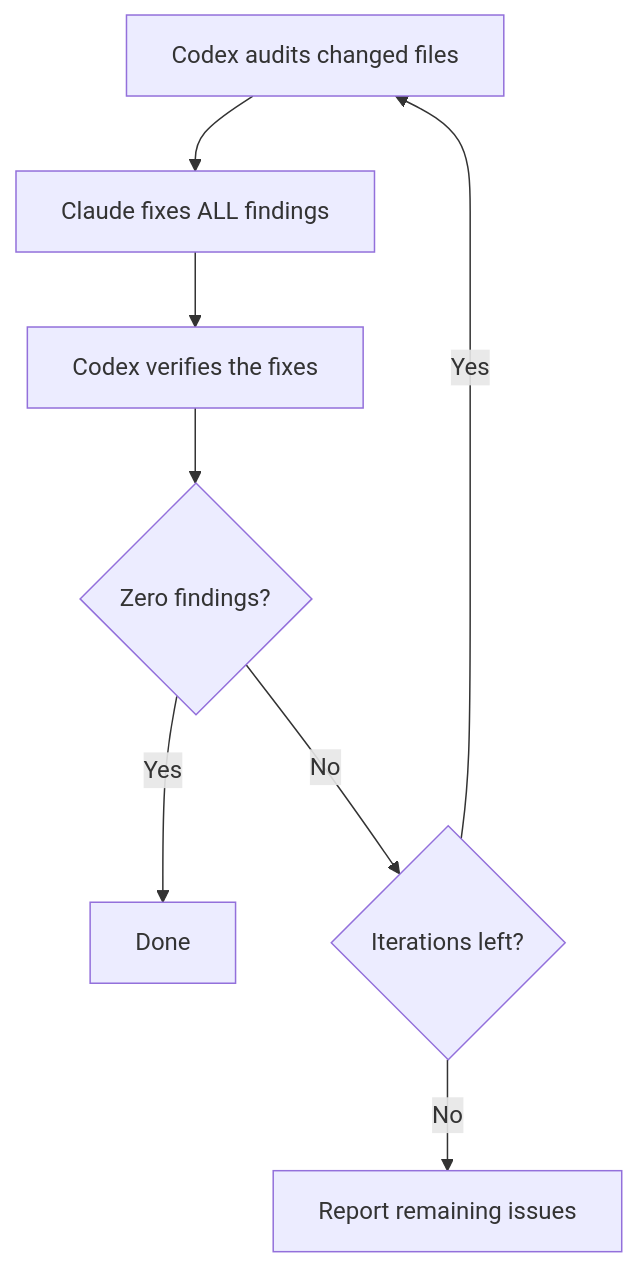
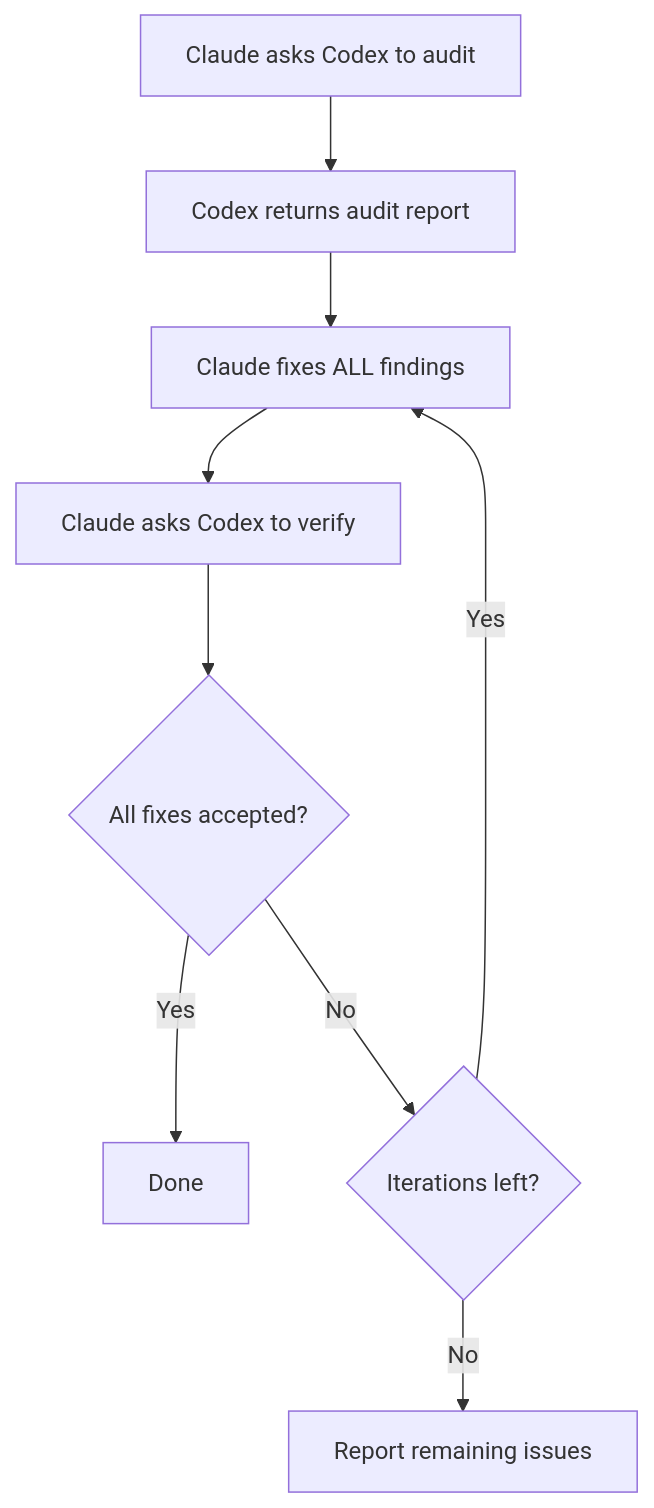
One commit to xiaolai/vmark changed the diagram in website/guide/users-as-developers/cross-model-verification.md. Above: the diagram before and after it, drawn with Mermaid. The commit also changed 5 other files, not shown here.

First line of the commit message:
docs: add research footnotes and fix diagram/syntax issues

````diff
--- a/website/guide/users-as-developers/cross-model-verification.md
+++ b/website/guide/users-as-developers/cross-model-verification.md
@@ -139,10 +139,11 @@
 ```mermaid
 flowchart TD
-    A["Codex audits changed files"] --> B["Claude fixes ALL findings"]
-    B --> C["Codex verifies the fixes"]
-    C --> D{"Zero findings?"}
-    D -- Yes --> E["Done"]
-    D -- No --> F{"Iterations left?"}
-    F -- Yes --> A
-    F -- No --> G["Report remaining issues"]
+    A["Claude asks Codex to audit"] --> B["Codex returns audit report"]
+    B --> C["Claude fixes ALL findings"]
+    C --> D["Claude asks Codex to verify"]
+    D --> E{"All fixes accepted?"}
+    E -- Yes --> F["Done"]
+    E -- No --> G{"Iterations left?"}
+    G -- Yes --> C
+    G -- No --> H["Report remaining issues"]
 ```
````
